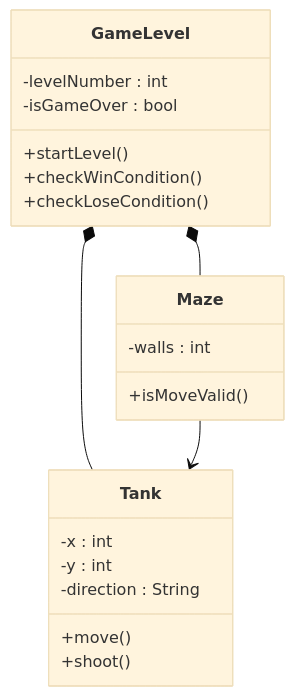
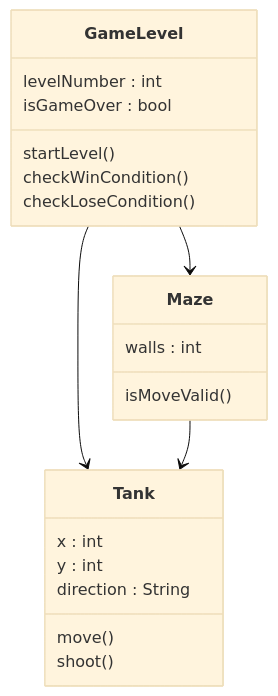
The diagram in docs/uml/docs/uml/initialization_state_class_diagram.mmd (davidsedyabule95-beep/w0521128-midterm), drawn with Mermaid (base theme) before and after one commit.

Commit message:
all prog

````diff
--- a/docs/uml/docs/uml/initialization_state_class_diagram.mmd
+++ b/docs/uml/docs/uml/initialization_state_class_diagram.mmd
@@ -1,28 +1,25 @@
-```mermaid
 classDiagram
-
 class GameLevel {
-  -levelNumber : int
-  -isGameOver : bool
-  +startLevel()
-  +checkWinCondition()
-  +checkLoseCondition()
+  levelNumber : int
+  isGameOver : bool
+  startLevel()
+  checkWinCondition()
+  checkLoseCondition()
 }
 
 class Maze {
-  -walls : int
-  +isMoveValid()
+  walls : int
+  isMoveValid()
 }
 
 class Tank {
-  -x : int
-  -y : int
-  -direction : String
-  +move()
-  +shoot()
+  x : int
+  y : int
+  direction : String
+  move()
+  shoot()
 }
 
-GameLevel *-- Maze
-GameLevel *-- Tank
+GameLevel --> Maze
+GameLevel --> Tank
 Maze --> Tank
-```
````
